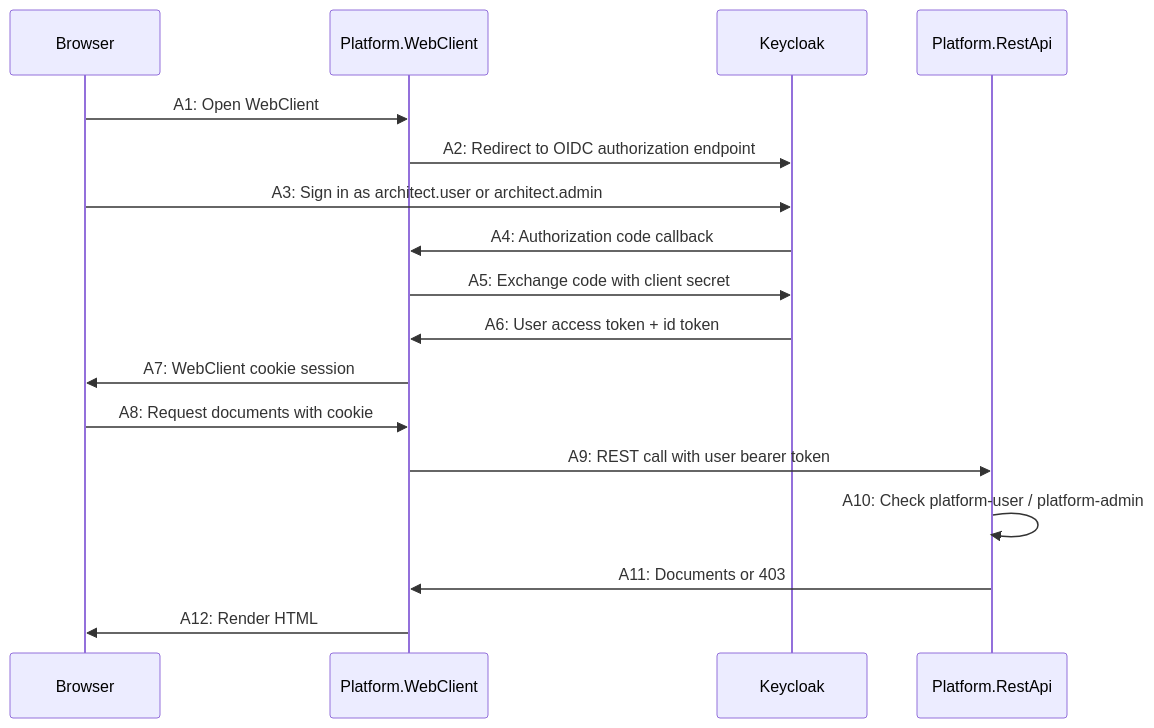
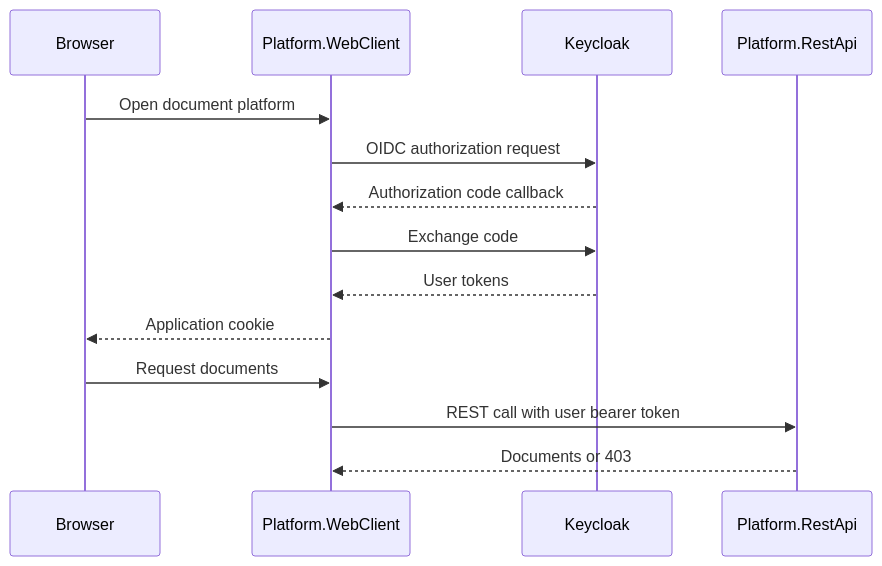
One commit to haoyucheng369-gif/document-platform-integration changed the second of 3 diagrams in README.md. Above: the diagram before and after it, drawn with Mermaid. The commit also changed other lines of this file, not shown here.

````diff
--- a/README.md
+++ b/README.md
@@ -63,20 +50,17 @@
 ```mermaid
 sequenceDiagram
-    participant B as Browser
-    participant W as Platform.WebClient
-    participant I as Keycloak
-    participant R as Platform.RestApi
+    participant Browser
+    participant Web as Platform.WebClient
+    participant IdP as Keycloak
+    participant API as Platform.RestApi
 
-    B->>W: A1: Open WebClient
-    W->>I: A2: Redirect to OIDC authorization endpoint
-    B->>I: A3: Sign in as architect.user or architect.admin
-    I->>W: A4: Authorization code callback
-    W->>I: A5: Exchange code with client secret
-    I->>W: A6: User access token + id token
-    W->>B: A7: WebClient cookie session
-    B->>W: A8: Request documents with cookie
-    W->>R: A9: REST call with user bearer token
-    R->>R: A10: Check platform-user / platform-admin
-    R->>W: A11: Documents or 403
-    W->>B: A12: Render HTML
+    Browser->>Web: Open document platform
+    Web->>IdP: OIDC authorization request
+    IdP-->>Web: Authorization code callback
+    Web->>IdP: Exchange code
+    IdP-->>Web: User tokens
+    Web-->>Browser: Application cookie
+    Browser->>Web: Request documents
+    Web->>API: REST call with user bearer token
+    API-->>Web: Documents or 403
 ```
````
